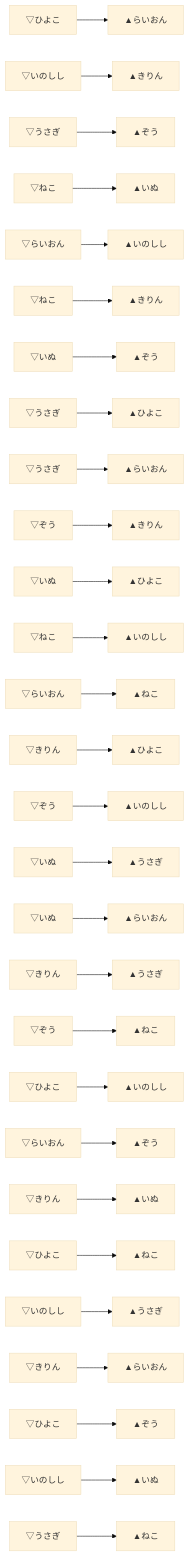
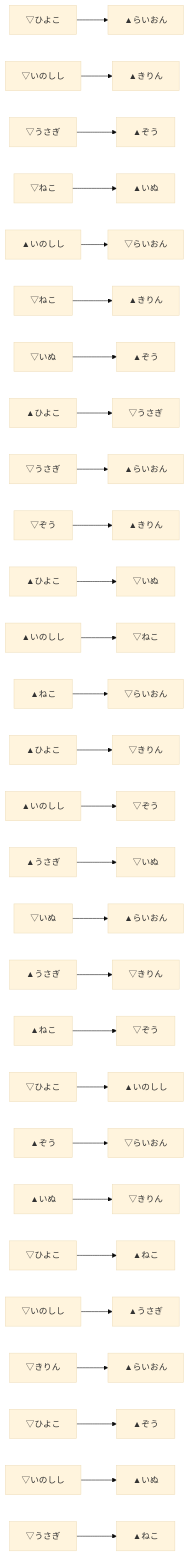
One commit to muzudho/ShogiTournamentSystemAnalyzer changed the third of 3 diagrams in docs/むずでょの案/【大会ルール案】格付けグラフ戦_4.md. Above: the diagram before and after it, drawn with Mermaid (base theme). The commit also changed other lines of this file and 1 other file, not shown here.

````diff
--- a/docs/むずでょの案/【大会ルール案】格付けグラフ戦_4.md
+++ b/docs/むずでょの案/【大会ルール案】格付けグラフ戦_4.md
@@ -154,37 +154,37 @@
 ```mermaid
 flowchart LR
     h1["▽ひよこ"] --> l1["▲らいおん"]
     b1["▽いのしし"] --> g1["▲きりん"]
     r1["▽うさぎ"] --> e1["▲ぞう"]
     c1["▽ねこ"] --> d1["▲いぬ"]
 
-    l2["▽らいおん"] --> b2["▲いのしし"]
+    b2["▲いのしし"] --> l2["▽らいおん"]
     c2["▽ねこ"] --> g2["▲きりん"]
     d2["▽いぬ"] --> e2["▲ぞう"]
-    r2["▽うさぎ"] --> h2["▲ひよこ"]
+    h2["▲ひよこ"] --> r2["▽うさぎ"]
 
     r3["▽うさぎ"] --> l3["▲らいおん"]
     e3["▽ぞう"] --> g3["▲きりん"]
-    d3["▽いぬ"] --> h3["▲ひよこ"]
-    c3["▽ねこ"] --> b3["▲いのしし"]
+    h3["▲ひよこ"] --> d3["▽いぬ"]
+    b3["▲いのしし"] --> c3["▽ねこ"]
 
-    l4["▽らいおん"] --> c4["▲ねこ"]
-    g4["▽きりん"] --> h4["▲ひよこ"]
-    e4["▽ぞう"] --> b4["▲いのしし"]
-    d4["▽いぬ"] --> r4["▲うさぎ"]
+    c4["▲ねこ"] --> l4["▽らいおん"]
+    h4["▲ひよこ"] --> g4["▽きりん"]
+    b4["▲いのしし"] --> e4["▽ぞう"]
+    r4["▲うさぎ"] --> d4["▽いぬ"]
 
     d5["▽いぬ"] --> l5["▲らいおん"]
-    g5["▽きりん"] --> r5["▲うさぎ"]
-    e5["▽ぞう"] --> c5["▲ねこ"]
+    r5["▲うさぎ"] --> g5["▽きりん"]
+    c5["▲ねこ"] --> e5["▽ぞう"]
     h5["▽ひよこ"] --> b5["▲いのしし"]
 
-    l6["▽らいおん"] --> e6["▲ぞう"]
-    g6["▽きりん"] --> d6["▲いぬ"]
+    e6["▲ぞう"] --> l6["▽らいおん"]
+    d6["▲いぬ"] --> g6["▽きりん"]
     h6["▽ひよこ"] --> c6["▲ねこ"]
     b6["▽いのしし"] --> r6["▲うさぎ"]
 
     g7["▽きりん"] --> l7["▲らいおん"]
     h7["▽ひよこ"] --> e7["▲ぞう"]
     b7["▽いのしし"] --> d7["▲いぬ"]
     r7["▽うさぎ"] --> c7["▲ねこ"]
 ```
````
